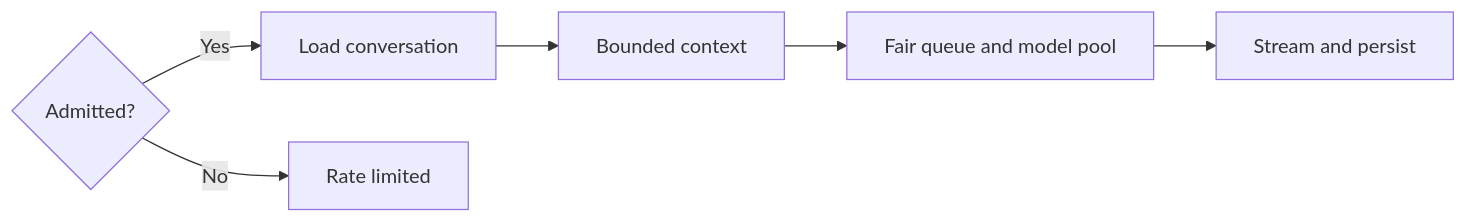
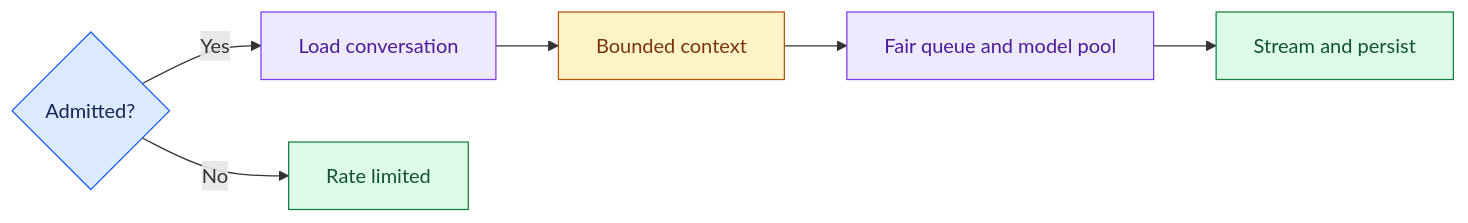
Before and after one commit to Sourav692/Forward-Deployed-Engineer-Interview-Prep: the diagram in site/content/modules/15-fde-case-studies/platforms-and-scale/consumer-scale-chat-service/intro.md, drawn with Mermaid. The commit also changed other lines of this file and 1268 other files, not shown here.

First line of the commit message:
content: polish Casebook writing and Mermaid diagrams (#251)

````diff
--- a/site/content/modules/15-fde-case-studies/platforms-and-scale/consumer-scale-chat-service/intro.md
+++ b/site/content/modules/15-fde-case-studies/platforms-and-scale/consumer-scale-chat-service/intro.md
@@ -15,8 +20,18 @@
 ```mermaid
 flowchart LR
   A{Admitted?} -->|Yes| B[Load conversation]
   A -->|No| F[Rate limited]
   B --> C[Bounded context]
   C --> D[Fair queue and model pool]
   D --> E[Stream and persist]
+
+    %% Casebook colours: entry, reasoning, results, controls, and stopped paths.
+    classDef cbInput fill:#dbeafe,stroke:#2563eb,color:#172554
+    class A cbInput
+    classDef cbReason fill:#ede9fe,stroke:#7c3aed,color:#4c1d95
+    class B,D cbReason
+    classDef cbAction fill:#dcfce7,stroke:#15803d,color:#14532d
+    class F,E cbAction
+    classDef cbPolicy fill:#fef3c7,stroke:#b45309,color:#78350f
+    class C cbPolicy
 ```
````
